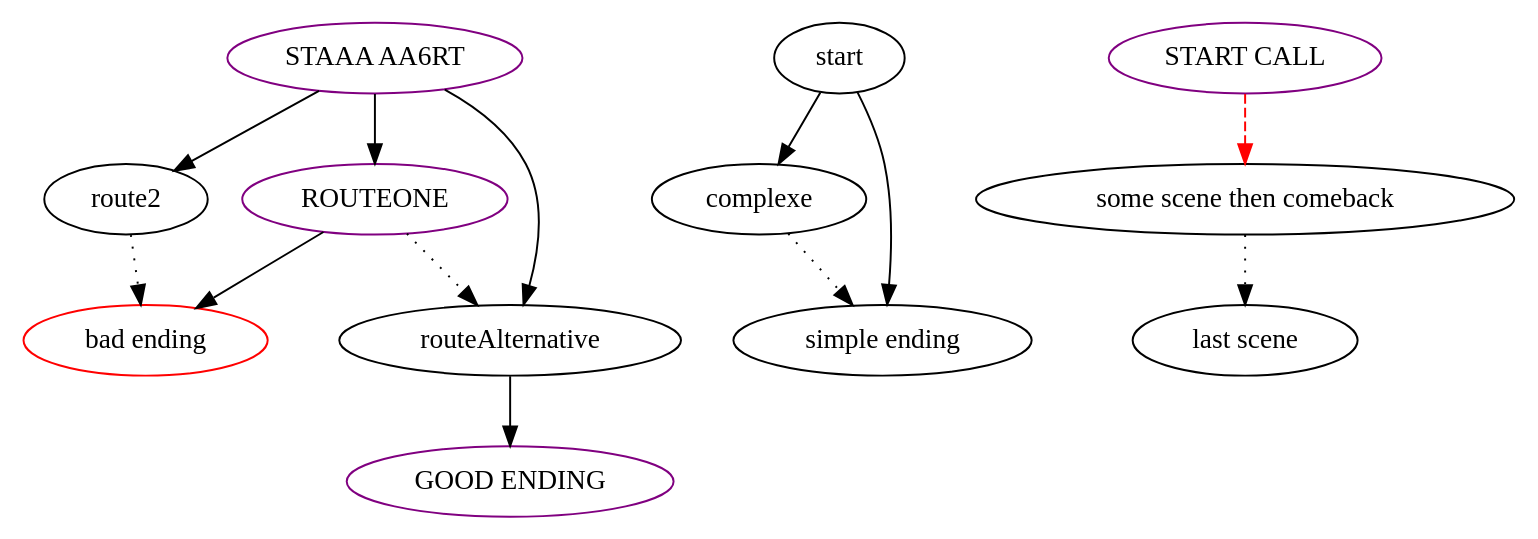
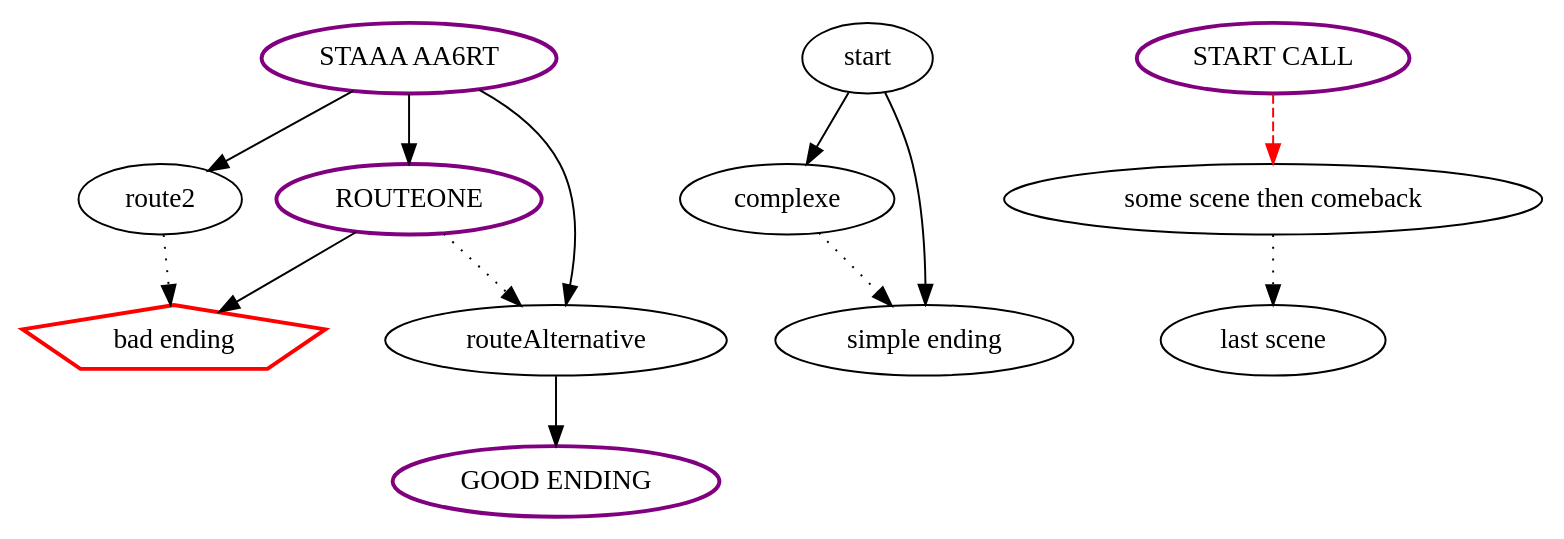
The diagram in renpy-graphviz.dot (EwenQuim/renpy-graphviz), drawn with Graphviz before and after one commit. The commit also changed 5 other files, not shown here.

```diff
--- a/renpy-graphviz.dot
+++ b/renpy-graphviz.dot
@@ -1,28 +1,28 @@
 digraph  {
 	
-	n5[color="red",label="bad ending"];
+	n5[color="red",label="bad ending",shape="pentagon",style="bold"];
 	n12[label="complexe"];
-	n7[color="purple",label="GOOD ENDING"];
+	n7[color="purple",label="GOOD ENDING",style="bold"];
 	n3[label="last scene"];
 	n8[label="route2"];
 	n6[label="routeAlternative"];
-	n4[color="purple",label="ROUTEONE"];
+	n4[color="purple",label="ROUTEONE",style="bold"];
 	n11[label="simple ending"];
 	n2[label="some scene then comeback"];
-	n9[color="purple",label="STAAA AA6RT"];
+	n9[color="purple",label="STAAA AA6RT",style="bold"];
 	n10[label="start"];
-	n1[color="purple",label="START CALL"];
+	n1[color="purple",label="START CALL",style="bold"];
 	n12->n11[style="dotted"];
 	n8->n5[style="dotted"];
 	n6->n7;
 	n4->n5;
 	n4->n6[style="dotted"];
 	n2->n3[style="dotted"];
 	n9->n4;
 	n9->n8;
 	n9->n6;
 	n10->n11;
 	n10->n12;
 	n1->n2[color="red",style="dashed"];
 	
 }
```
